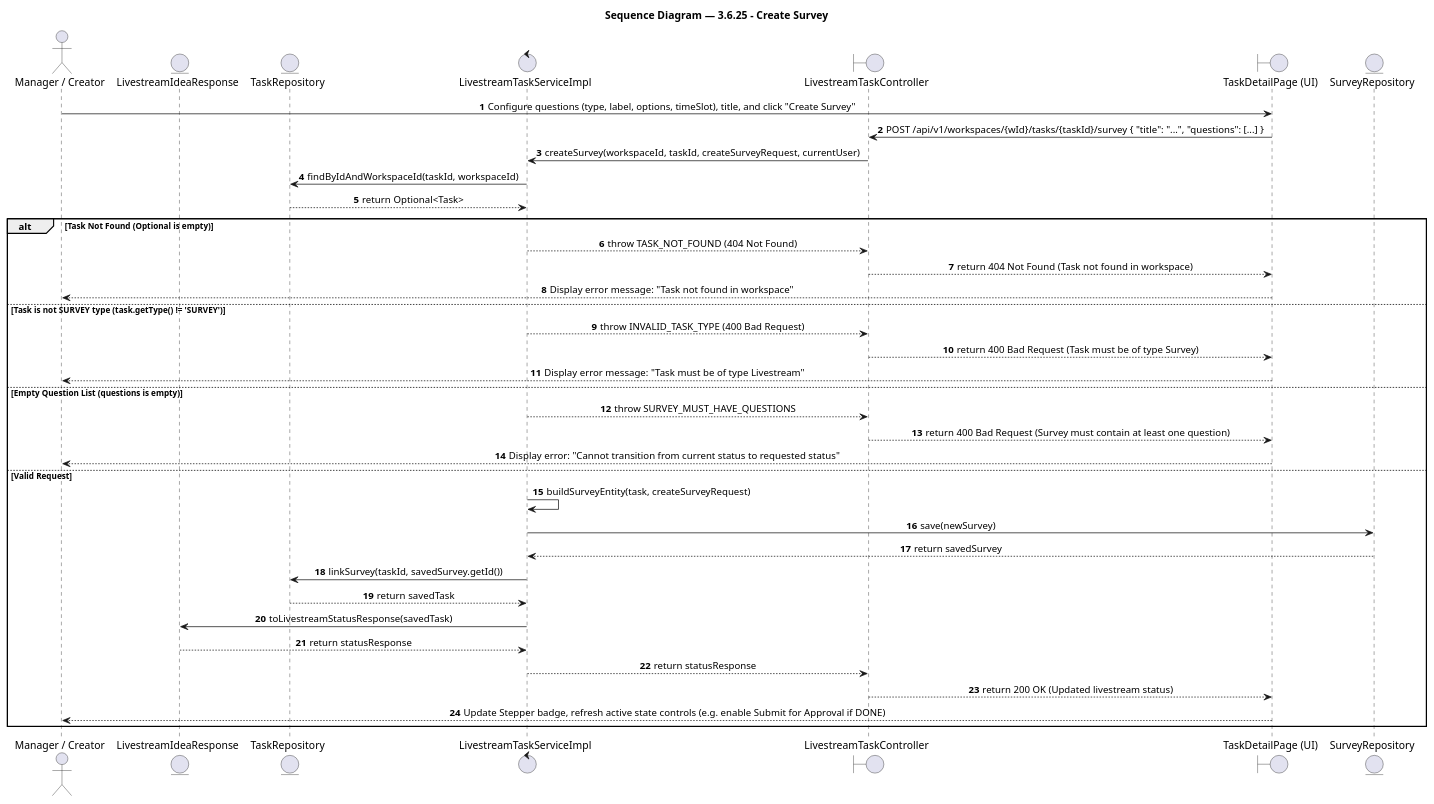
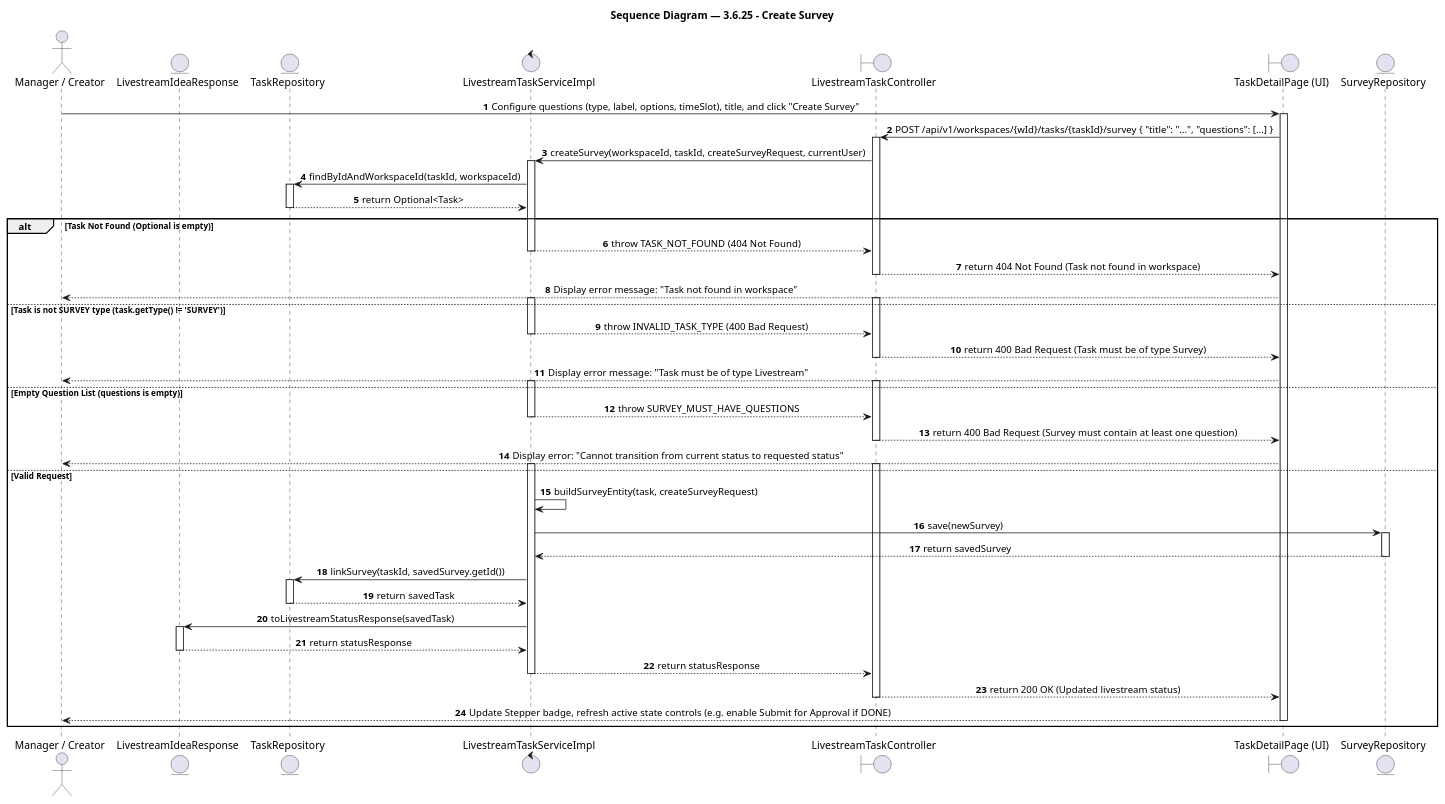
Before and after one commit to BrandHubOrganization/brandhub-infrastructure: the diagram in docs/feature/content-task-workflow/3-6-25-create-survey/report4_sequence.puml, drawn with PlantUML. The commit also changed 149 other files, not shown here.

Commit message:
docs(sequence): fix activation bars across all sequence diagrams according to UML 2.5 rules

```diff
--- a/docs/feature/content-task-workflow/3-6-25-create-survey/report4_sequence.puml
+++ b/docs/feature/content-task-workflow/3-6-25-create-survey/report4_sequence.puml
@@ -1,51 +1,77 @@
 @startuml 3.6.25 - Create Survey
 title Sequence Diagram — 3.6.25 - Create Survey
 
 autonumber
 skinparam shadowing false
 skinparam sequenceMessageAlign center
 skinparam BoxPadding 10
 skinparam ParticipantPadding 10
 
 ' === Participants ===
 actor "Manager / Creator" as managercreator
 entity "LivestreamIdeaResponse" as livestreamidearespon
 entity "TaskRepository" as taskrepository
 control "LivestreamTaskServiceImpl" as livestreamtaskservic
 boundary "LivestreamTaskController" as livestreamtaskcontro
 boundary "TaskDetailPage (UI)" as taskdetailpageui
 entity "SurveyRepository" as surveyrepository
 
 ' === Flow ===
 managercreator -> taskdetailpageui: Configure questions (type, label, options, timeSlot), title, and click "Create Survey"
+activate taskdetailpageui
 taskdetailpageui -> livestreamtaskcontro: POST /api/v1/workspaces/{wId}/tasks/{taskId}/survey { "title": "...", "questions": [...] }
+activate livestreamtaskcontro
 livestreamtaskcontro -> livestreamtaskservic: createSurvey(workspaceId, taskId, createSurveyRequest, currentUser)
+activate livestreamtaskservic
 livestreamtaskservic -> taskrepository: findByIdAndWorkspaceId(taskId, workspaceId)
+activate taskrepository
 taskrepository --> livestreamtaskservic: return Optional<Task>
+deactivate taskrepository
 
 alt Task Not Found (Optional is empty)
   livestreamtaskservic --> livestreamtaskcontro: throw TASK_NOT_FOUND (404 Not Found)
+  deactivate livestreamtaskservic
   livestreamtaskcontro --> taskdetailpageui: return 404 Not Found (Task not found in workspace)
+  deactivate livestreamtaskcontro
   taskdetailpageui --> managercreator: Display error message: "Task not found in workspace"
 else Task is not SURVEY type (task.getType() != 'SURVEY')
+  activate livestreamtaskcontro
+  activate livestreamtaskservic
   livestreamtaskservic --> livestreamtaskcontro: throw INVALID_TASK_TYPE (400 Bad Request)
+  deactivate livestreamtaskservic
   livestreamtaskcontro --> taskdetailpageui: return 400 Bad Request (Task must be of type Survey)
+  deactivate livestreamtaskcontro
   taskdetailpageui --> managercreator: Display error message: "Task must be of type Livestream"
 else Empty Question List (questions is empty)
+  activate livestreamtaskcontro
+  activate livestreamtaskservic
   livestreamtaskservic --> livestreamtaskcontro: throw SURVEY_MUST_HAVE_QUESTIONS
+  deactivate livestreamtaskservic
   livestreamtaskcontro --> taskdetailpageui: return 400 Bad Request (Survey must contain at least one question)
+  deactivate livestreamtaskcontro
   taskdetailpageui --> managercreator: Display error: "Cannot transition from current status to requested status"
 else Valid Request
+  activate livestreamtaskcontro
+  activate livestreamtaskservic
   livestreamtaskservic -> livestreamtaskservic: buildSurveyEntity(task, createSurveyRequest)
   livestreamtaskservic -> surveyrepository: save(newSurvey)
+  activate surveyrepository
   surveyrepository --> livestreamtaskservic: return savedSurvey
+  deactivate surveyrepository
   livestreamtaskservic -> taskrepository: linkSurvey(taskId, savedSurvey.getId())
+  activate taskrepository
   taskrepository --> livestreamtaskservic: return savedTask
+  deactivate taskrepository
   livestreamtaskservic -> livestreamidearespon: toLivestreamStatusResponse(savedTask)
+  activate livestreamidearespon
   livestreamidearespon --> livestreamtaskservic: return statusResponse
+  deactivate livestreamidearespon
   livestreamtaskservic --> livestreamtaskcontro: return statusResponse
+  deactivate livestreamtaskservic
   livestreamtaskcontro --> taskdetailpageui: return 200 OK (Updated livestream status)
+  deactivate livestreamtaskcontro
   taskdetailpageui --> managercreator: Update Stepper badge, refresh active state controls (e.g. enable Submit for Approval if DONE)
+  deactivate taskdetailpageui
 end
 
 @enduml
```
